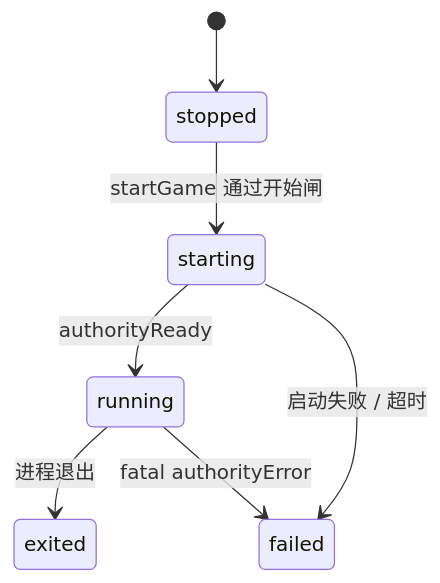
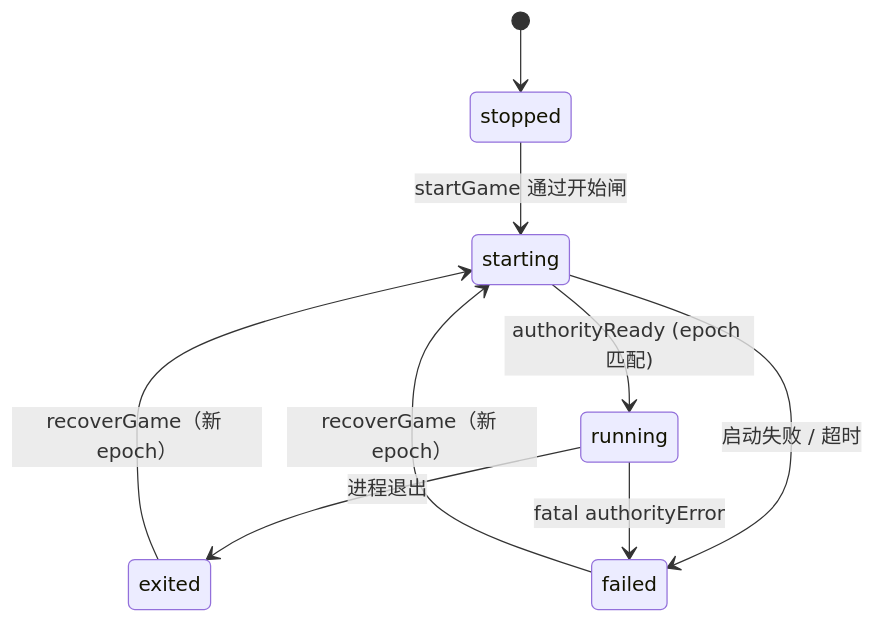
One commit to Lizardon386/3178-battle-platform changed the third of 6 diagrams in docs/research/语言中立协议v0设计.md. Above: the diagram before and after it, drawn with Mermaid. The commit also changed other lines of this file and 6 other files, not shown here.

````diff
--- a/docs/research/语言中立协议v0设计.md
+++ b/docs/research/语言中立协议v0设计.md
@@ -54,9 +59,11 @@
 ```mermaid
 stateDiagram-v2
   [*] --> stopped
   stopped --> starting: startGame 通过开始闸
-  starting --> running: authorityReady
+  starting --> running: authorityReady (epoch 匹配)
   starting --> failed: 启动失败 / 超时
   running --> exited: 进程退出
   running --> failed: fatal authorityError
+  failed --> starting: recoverGame（新 epoch）
+  exited --> starting: recoverGame（新 epoch）
 ```
````
